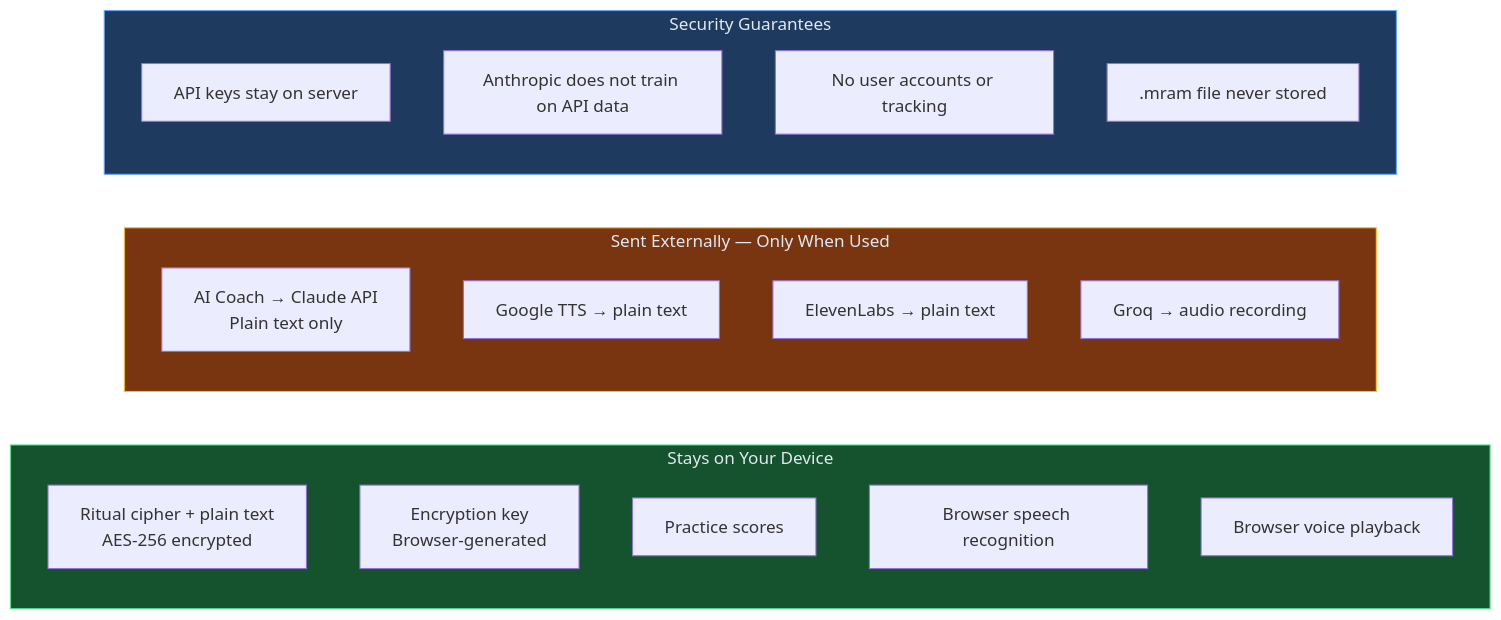
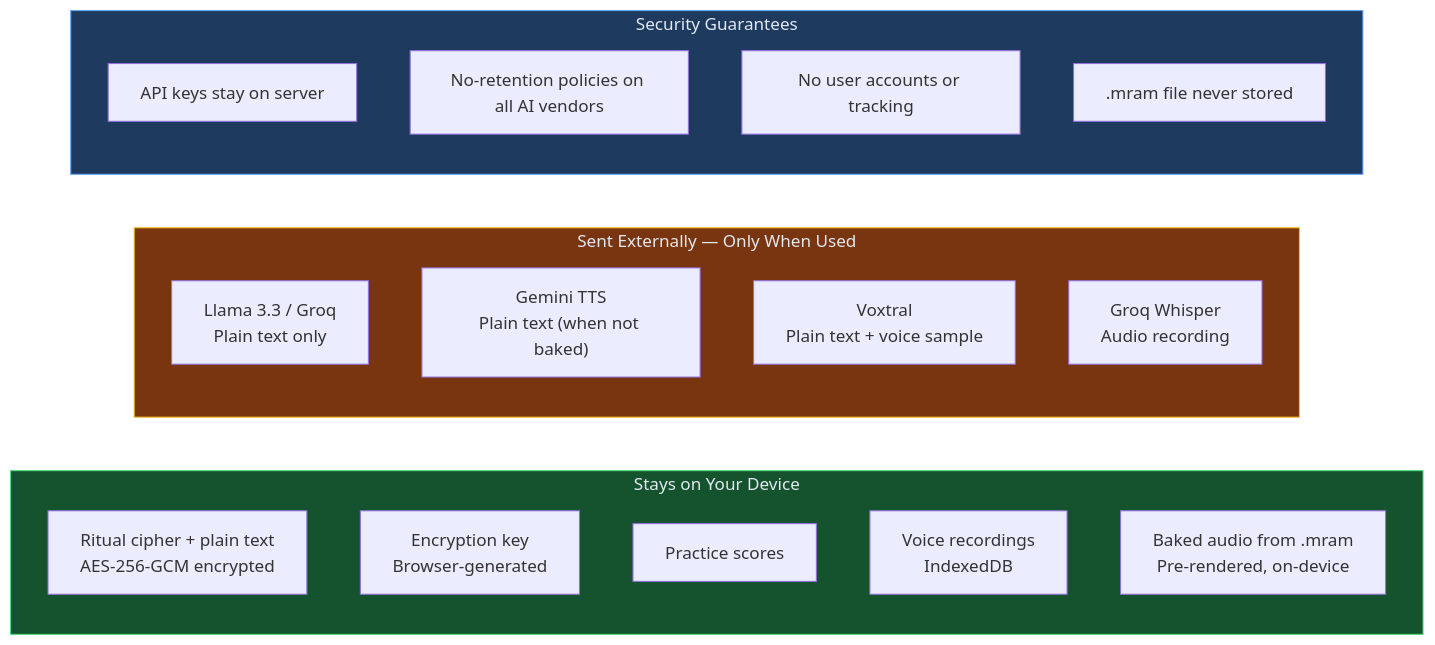
The tenth of 11 diagrams in docs/NOTION-HOW-TO.md (mcleods777/Masonic-Ritual-AI-Mentor), drawn with Mermaid before and after one commit. The commit also changed other lines of this file and 2 other files, not shown here.

````diff
--- a/docs/NOTION-HOW-TO.md
+++ b/docs/NOTION-HOW-TO.md
@@ -469,28 +557,28 @@
 ```mermaid
 flowchart LR
     subgraph Local["Stays on Your Device"]
-        A["Ritual cipher + plain text\nAES-256 encrypted"]
+        A["Ritual cipher + plain text\nAES-256-GCM encrypted"]
         B["Encryption key\nBrowser-generated"]
         C["Practice scores"]
-        D["Browser speech recognition"]
-        E["Browser voice playback"]
+        D["Voice recordings\nIndexedDB"]
+        E["Baked audio from .mram\nPre-rendered, on-device"]
     end
 
     subgraph Cloud["Sent Externally — Only When Used"]
-        F["AI Coach → Claude API\nPlain text only"]
-        G["Google TTS → plain text"]
-        H["ElevenLabs → plain text"]
-        I["Groq → audio recording"]
+        F["Llama 3.3 / Groq\nPlain text only"]
+        G["Gemini TTS\nPlain text (when not baked)"]
+        H["Voxtral\nPlain text + voice sample"]
+        I["Groq Whisper\nAudio recording"]
     end
 
     subgraph Safe["Security Guarantees"]
         J["API keys stay on server"]
-        K["Anthropic does not train on API data"]
+        K["No-retention policies on all AI vendors"]
         L["No user accounts or tracking"]
         M[".mram file never stored"]
     end
 
     style Local fill:#14532d,stroke:#4ade80,color:#e2e8f0
     style Cloud fill:#78350f,stroke:#fbbf24,color:#e2e8f0
     style Safe fill:#1e3a5f,stroke:#60a5fa,color:#e2e8f0
 ```
````
